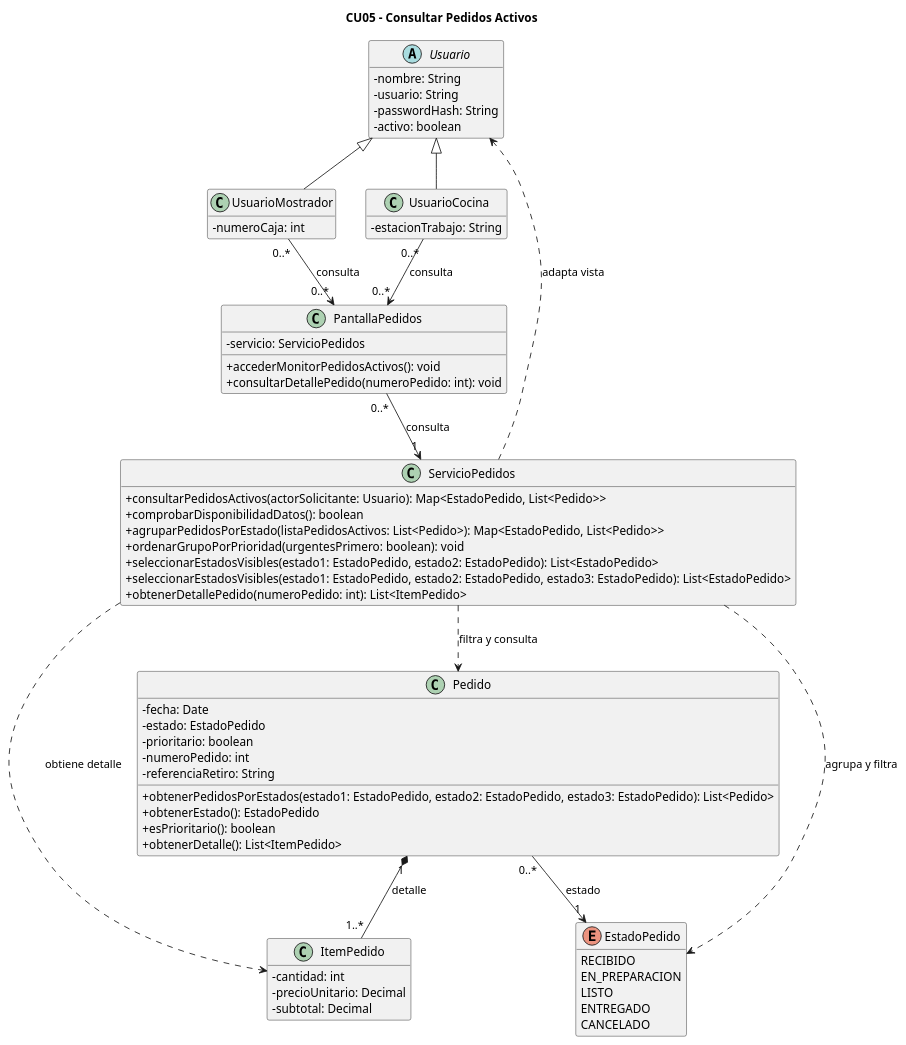
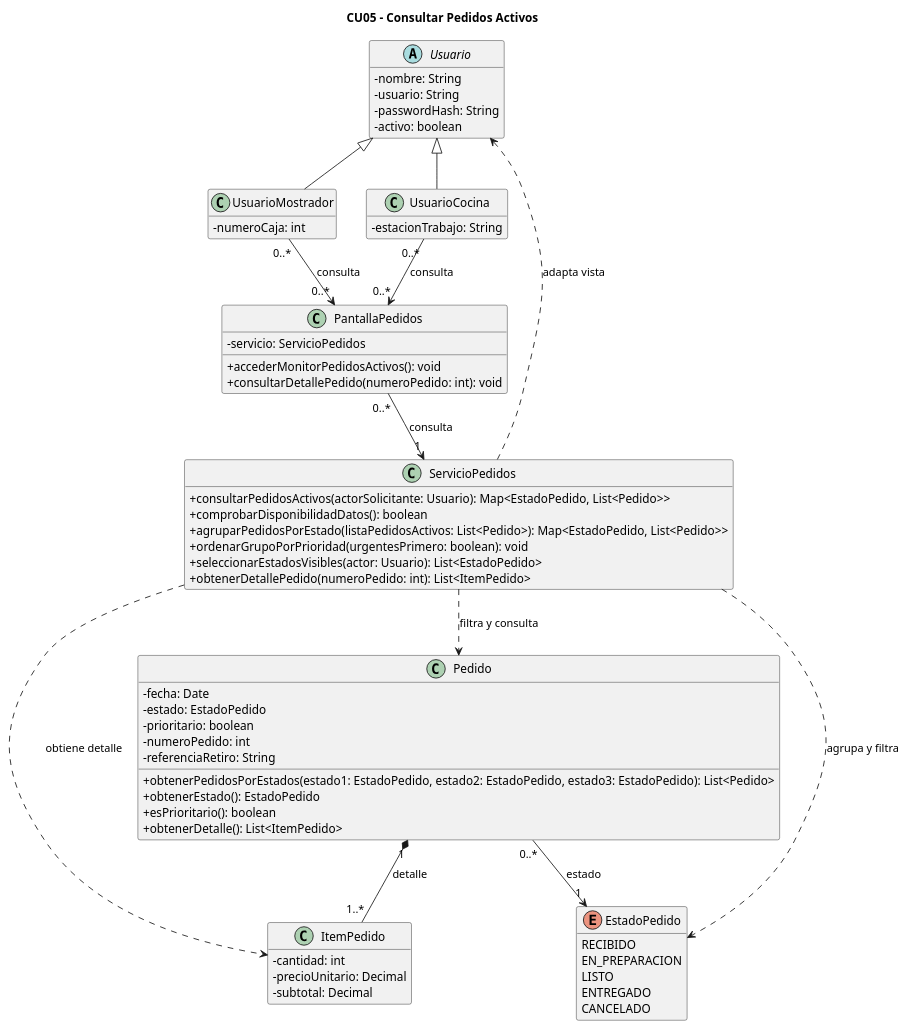
One commit to eloeyhe/SistemaPedidos changed the diagram in diagramas/01-diagrama-clases/05-clases-consultar-pedidos-activos-05.puml. Above: the diagram before and after it, drawn with PlantUML. The commit also changed 28 other files, not shown here.

First line of the commit message:
Unifico CU5 y los contratos de CU2, CU3 y CU4 y actualizo el diagrama final segun RC4 y RC18 a RC23

```diff
--- a/diagramas/01-diagrama-clases/05-clases-consultar-pedidos-activos-05.puml
+++ b/diagramas/01-diagrama-clases/05-clases-consultar-pedidos-activos-05.puml
@@ -1,77 +1,76 @@
 @startuml 05-clases-consultar-pedidos-activos-05
 title CU05 - Consultar Pedidos Activos
 skinparam classAttributeIconSize 0
 hide empty members
 
 abstract class Usuario {
   - nombre: String
   - usuario: String
   - passwordHash: String
   - activo: boolean
 }
 
 class UsuarioCocina {
   - estacionTrabajo: String
 }
 
 class UsuarioMostrador {
   - numeroCaja: int
 }
 
 class PantallaPedidos {
   - servicio: ServicioPedidos
   + accederMonitorPedidosActivos(): void
   + consultarDetallePedido(numeroPedido: int): void
 }
 
 class ServicioPedidos {
   + consultarPedidosActivos(actorSolicitante: Usuario): Map<EstadoPedido, List<Pedido>>
   + comprobarDisponibilidadDatos(): boolean
   + agruparPedidosPorEstado(listaPedidosActivos: List<Pedido>): Map<EstadoPedido, List<Pedido>>
   + ordenarGrupoPorPrioridad(urgentesPrimero: boolean): void
-  + seleccionarEstadosVisibles(estado1: EstadoPedido, estado2: EstadoPedido): List<EstadoPedido>
-  + seleccionarEstadosVisibles(estado1: EstadoPedido, estado2: EstadoPedido, estado3: EstadoPedido): List<EstadoPedido>
+  + seleccionarEstadosVisibles(actor: Usuario): List<EstadoPedido>
   + obtenerDetallePedido(numeroPedido: int): List<ItemPedido>
 }
 
 class Pedido {
   - fecha: Date
   - estado: EstadoPedido
   - prioritario: boolean
   - numeroPedido: int
   - referenciaRetiro: String
   + obtenerPedidosPorEstados(estado1: EstadoPedido, estado2: EstadoPedido, estado3: EstadoPedido): List<Pedido>
   + obtenerEstado(): EstadoPedido
   + esPrioritario(): boolean
   + obtenerDetalle(): List<ItemPedido>
 }
 
 class ItemPedido {
   - cantidad: int
   - precioUnitario: Decimal
   - subtotal: Decimal
 }
 
 enum EstadoPedido {
   RECIBIDO
   EN_PREPARACION
   LISTO
   ENTREGADO
   CANCELADO
 }
 
 Usuario <|-- UsuarioCocina
 Usuario <|-- UsuarioMostrador
 
 UsuarioCocina "0..*" --> "0..*" PantallaPedidos : consulta
 UsuarioMostrador "0..*" --> "0..*" PantallaPedidos : consulta
 
 PantallaPedidos "0..*" --> "1" ServicioPedidos : consulta
 Pedido "0..*" --> "1" EstadoPedido : estado
 Pedido "1" *-- "1..*" ItemPedido : detalle
 
 ServicioPedidos ..> Pedido : filtra y consulta
 ServicioPedidos ..> EstadoPedido : agrupa y filtra
 ServicioPedidos ..> ItemPedido : obtiene detalle
 ServicioPedidos ..> Usuario : adapta vista
 @enduml
```
